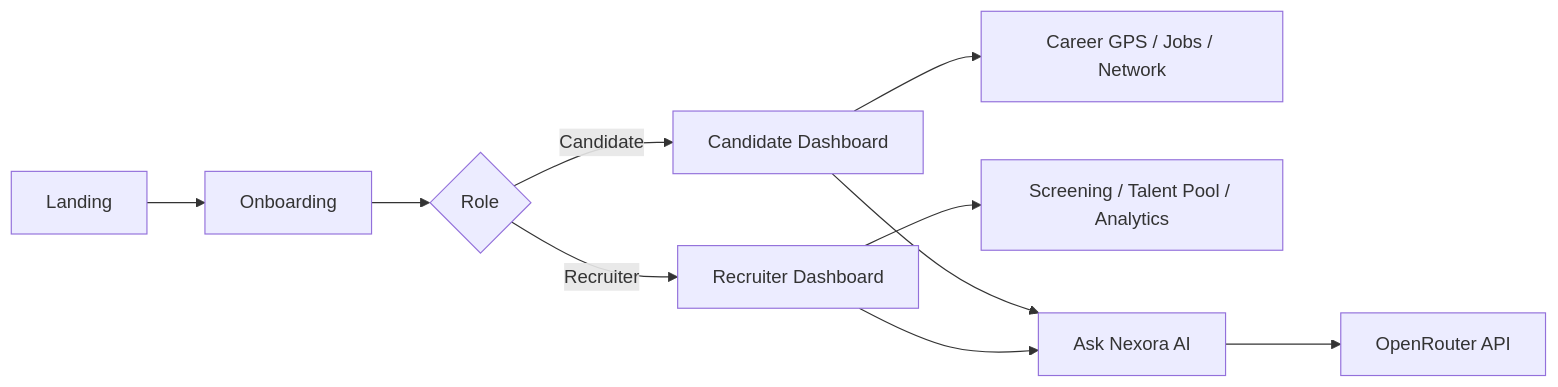
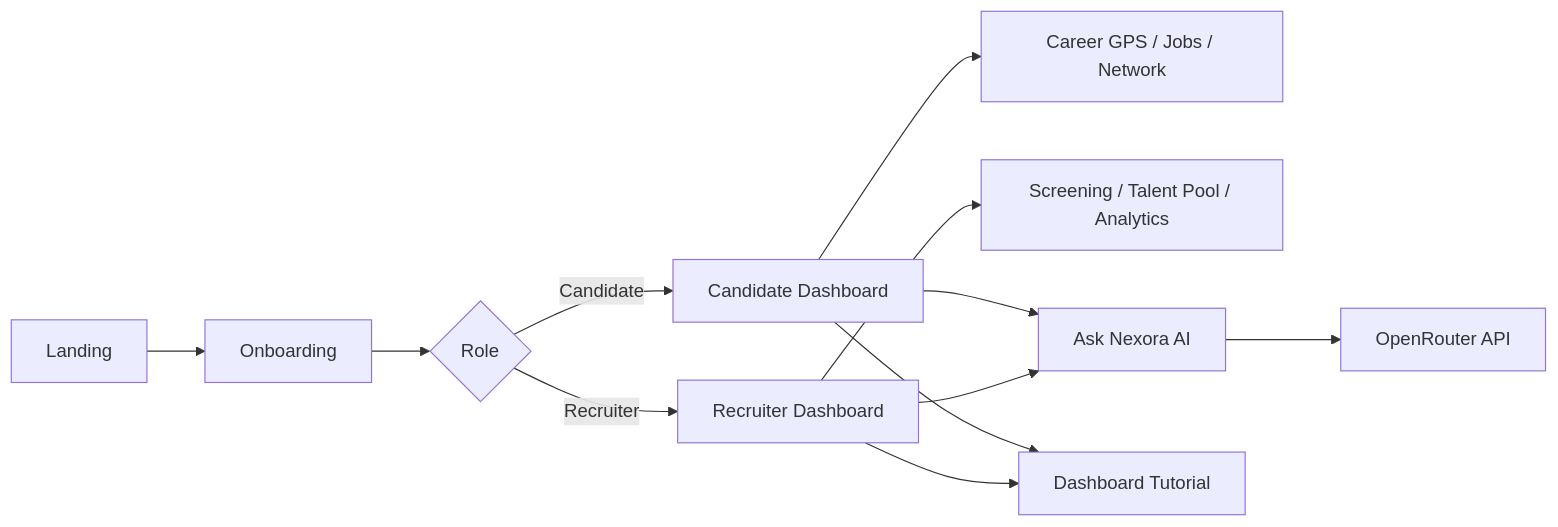
The diagram in README.md (saweramustafa117/nexora), drawn with Mermaid before and after one commit. The commit also changed other lines of this file, not shown here.

````diff
--- a/README.md
+++ b/README.md
@@ -187,11 +237,12 @@
 ```mermaid
 flowchart LR
     A[Landing] --> B[Onboarding]
     B --> C{Role}
     C -->|Candidate| D[Candidate Dashboard]
     C -->|Recruiter| E[Recruiter Dashboard]
     D --> F[Career GPS / Jobs / Network]
     E --> G[Screening / Talent Pool / Analytics]
     D & E --> H[Ask Nexora AI]
     H --> I[OpenRouter API]
+    D & E --> J[Dashboard Tutorial]
 ```
````
